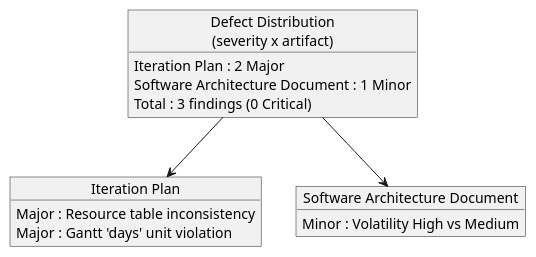
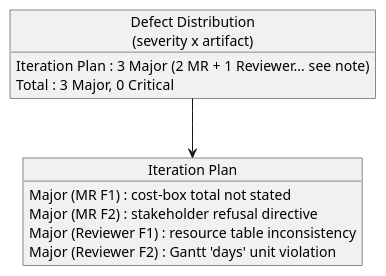
The third of 3 diagrams in docs/artifacts/project-management/review-record.md (banense-test/portal), drawn with PlantUML before and after one commit. The commit also changed other lines of this file, not shown here.

First line of the commit message:
Management Reviewer [I1]: upsert Review Record

````diff
--- a/docs/artifacts/project-management/review-record.md
+++ b/docs/artifacts/project-management/review-record.md
@@ -88,23 +86,19 @@
 ```plantuml
 @startuml
 skinparam objectStyle rectangle
 
 object "Defect Distribution\n(severity x artifact)" as DD {
-  Iteration Plan : 2 Major
-  Software Architecture Document : 1 Minor
-  Total : 3 findings (0 Critical)
+  Iteration Plan : 3 Major (2 MR + 1 Reviewer... see note)
+  Total : 3 Major, 0 Critical
 }
 
 object "Iteration Plan" as IP {
-  Major : Resource table inconsistency
-  Major : Gantt 'days' unit violation
-}
-
-object "Software Architecture Document" as SAD {
-  Minor : Volatility High vs Medium
+  Major (MR F1) : cost-box total not stated
+  Major (MR F2) : stakeholder refusal directive
+  Major (Reviewer F1) : resource table inconsistency
+  Major (Reviewer F2) : Gantt 'days' unit violation
 }
 
 DD --> IP
-DD --> SAD
 @enduml
 ```
````
